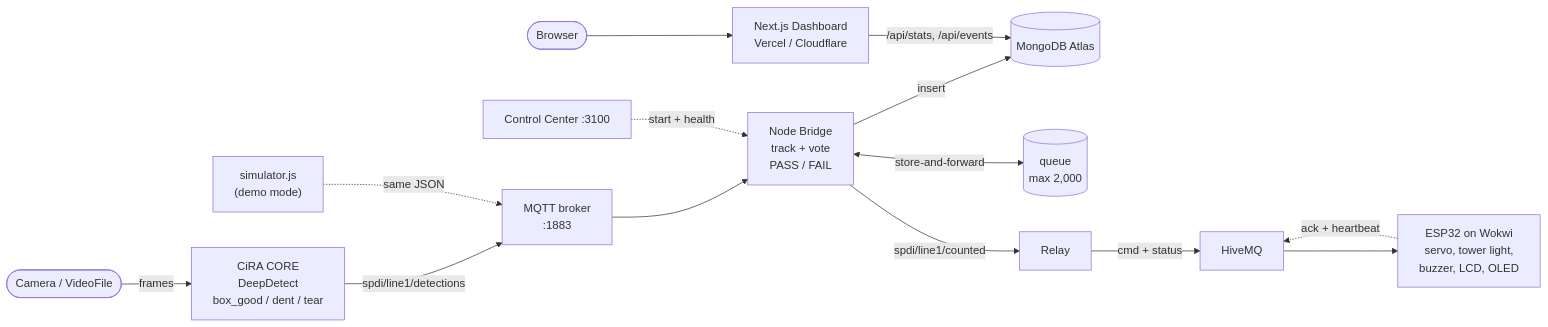
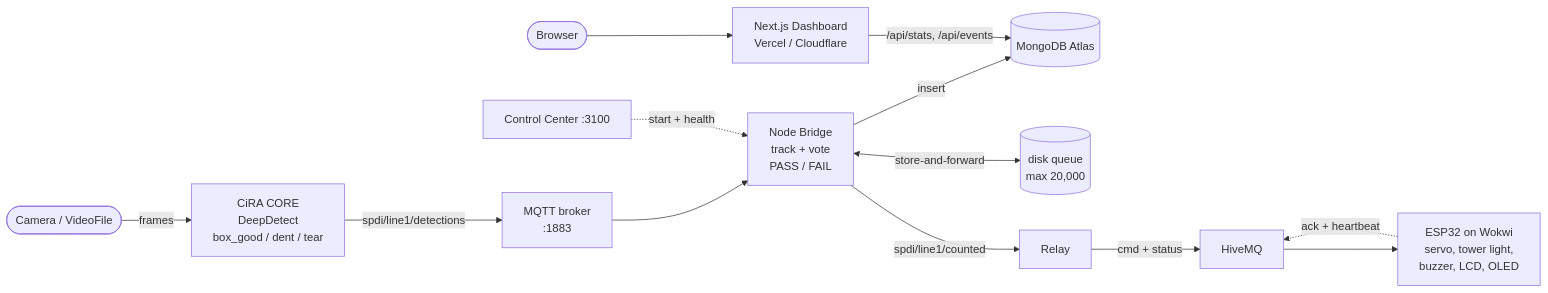
Before and after one commit to satetapongsa/AI-Parcel-Box-Damage-Detection-System: the diagram in README.md, drawn with Mermaid. The commit also changed other lines of this file and 1 other file, not shown here.

Commit message:
docs: remove the simulator from the guides

````diff
--- a/README.md
+++ b/README.md
@@ -17,16 +17,15 @@
 ```mermaid
 flowchart LR
     CAM(["Camera / VideoFile"]) -->|"frames"| CIRA["CiRA CORE<br/>DeepDetect<br/>box_good / dent / tear"]
     CIRA -->|"spdi/line1/detections"| BROKER["MQTT broker<br/>:1883"]
-    SIM["simulator.js<br/>(demo mode)"] -.->|"same JSON"| BROKER
     BROKER --> BRIDGE["Node Bridge<br/>track + vote<br/>PASS / FAIL"]
     BRIDGE -->|"insert"| ATLAS[("MongoDB Atlas")]
-    BRIDGE <-->|"store-and-forward"| QUEUE[("queue<br/>max 2,000")]
+    BRIDGE <-->|"store-and-forward"| QUEUE[("disk queue<br/>max 20,000")]
     BRIDGE -->|"spdi/line1/counted"| RELAY["Relay"]
     RELAY -->|"cmd + status"| HIVE["HiveMQ"]
     HIVE --> ESP["ESP32 on Wokwi<br/>servo, tower light,<br/>buzzer, LCD, OLED"]
     ESP -.->|"ack + heartbeat"| HIVE
     DASH["Next.js Dashboard<br/>Vercel / Cloudflare"] -->|"/api/stats, /api/events"| ATLAS
     USER(["Browser"]) --> DASH
     CC["Control Center :3100"] -.->|"start + health"| BRIDGE
 ```
````
